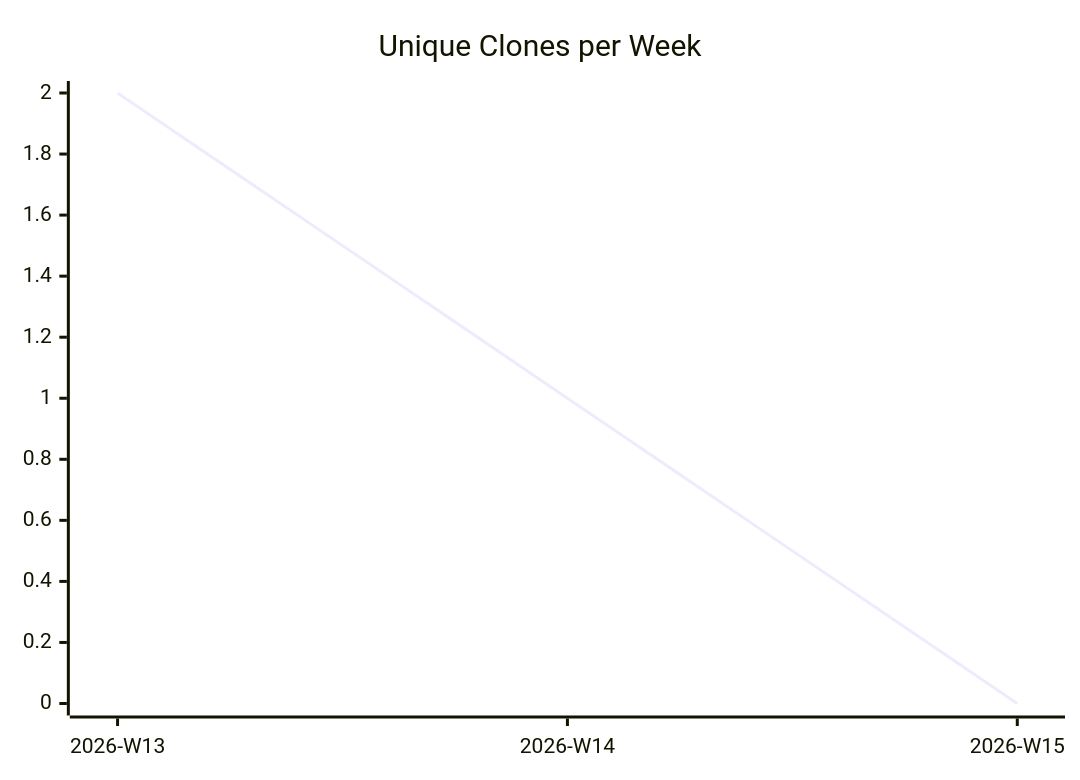
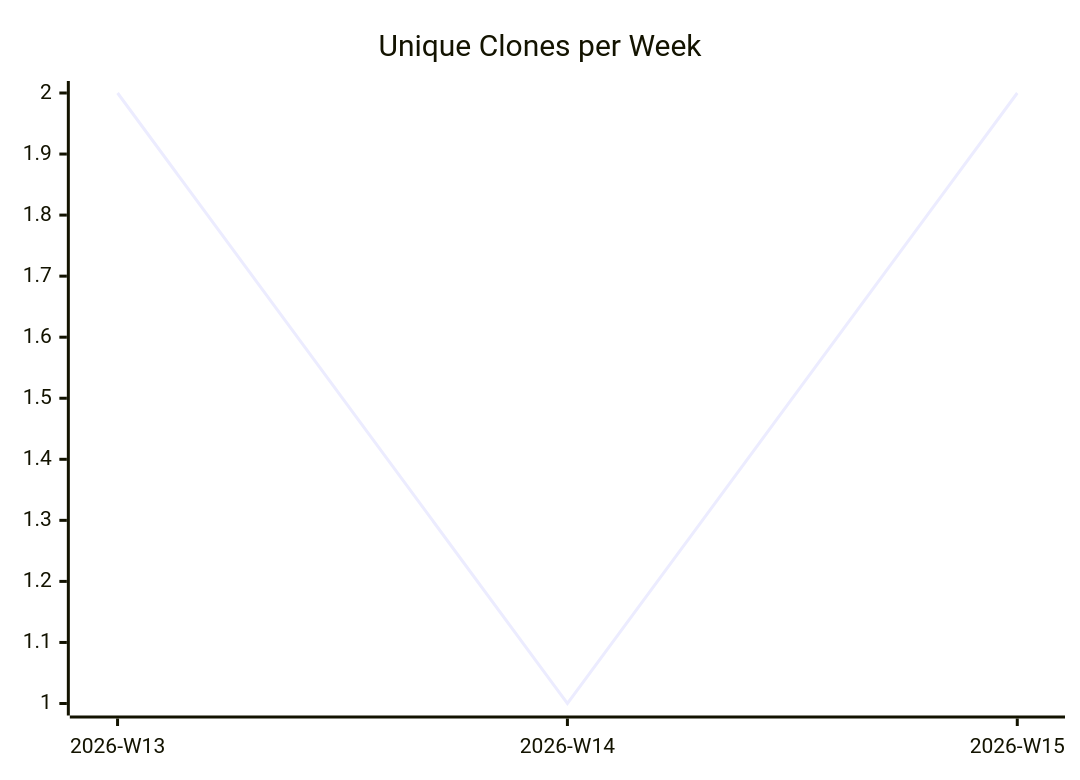
Before and after one commit to justdavis-family/github-analytics-data: the third of 3 diagrams in karlmdavis/kobjects/README.md, drawn with Mermaid. The commit also changed other lines of this file and 191 other files, not shown here.

````diff
--- a/karlmdavis/kobjects/README.md
+++ b/karlmdavis/kobjects/README.md
@@ -19,6 +19,6 @@
 ```mermaid
 xychart-beta
   title "Unique Clones per Week"
   x-axis ["2026-W13", "2026-W14", "2026-W15"]
-  line [2, 1, 0]
+  line [2, 1, 2]
 ```
````
